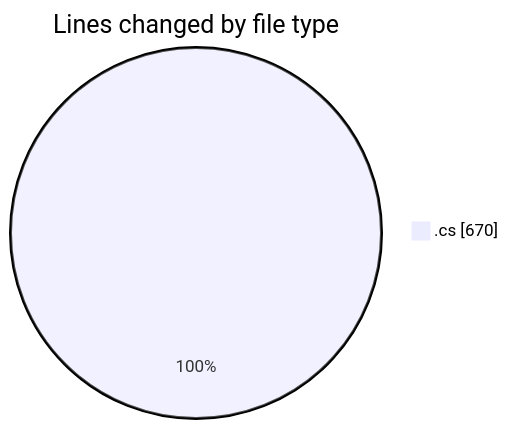
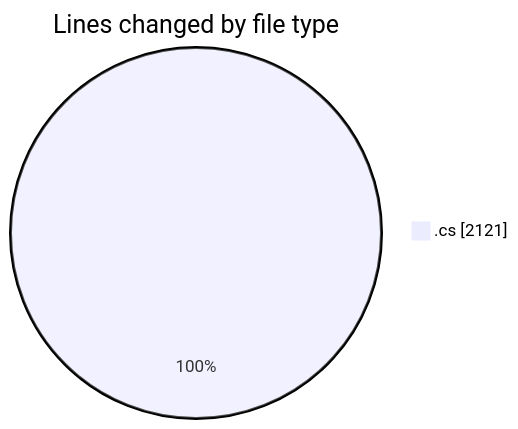
Before and after one commit to Netris89/code-tracking: the first of 2 diagrams in 2025-04-02/back-end/README.md, drawn with Mermaid. The commit also changed other lines of this file and 1 other file, not shown here.

````diff
--- a/2025-04-02/back-end/README.md
+++ b/2025-04-02/back-end/README.md
@@ -22,5 +29,5 @@
 ```mermaid
 pie showData
 title Lines changed by file type
-".cs" : 670
+".cs" : 2121
 ```
````
